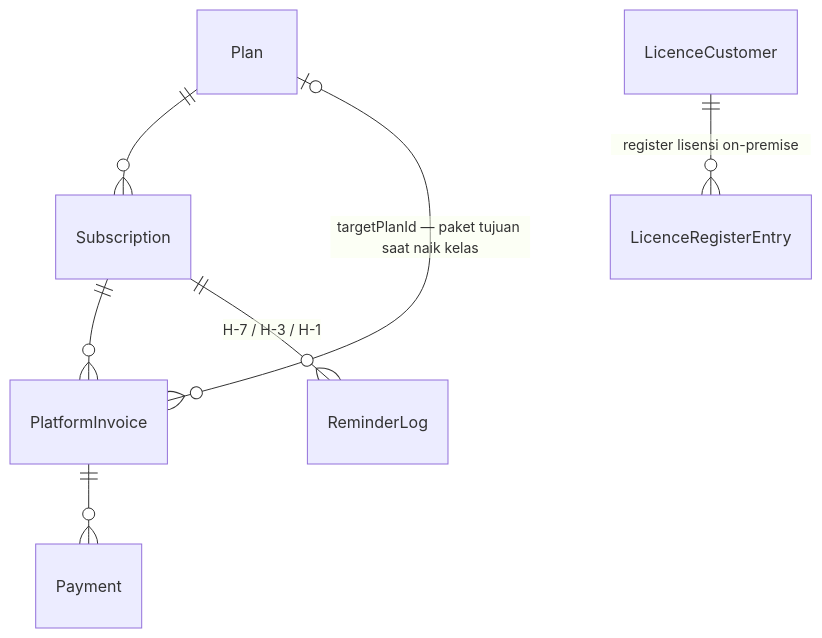
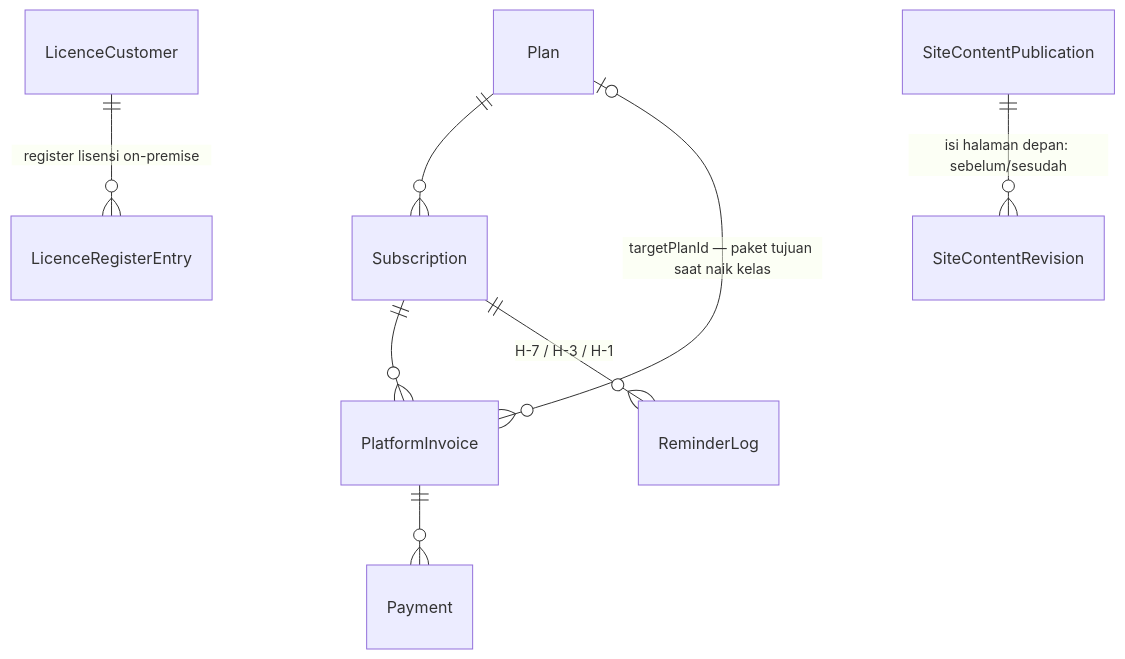
One commit to tri-evendi/sai-accounting changed the third of 18 diagrams in docs/arsitektur/04-ALIRAN-DATA.md. Above: the diagram before and after it, drawn with Mermaid. The commit also changed other lines of this file and 4 other files, not shown here.

````diff
--- a/docs/arsitektur/04-ALIRAN-DATA.md
+++ b/docs/arsitektur/04-ALIRAN-DATA.md
@@ -102,9 +102,10 @@
 ```mermaid
 erDiagram
     Plan ||--o{ Subscription : ""
     Subscription ||--o{ PlatformInvoice : ""
     Plan |o--o{ PlatformInvoice : "targetPlanId — paket tujuan saat naik kelas"
     PlatformInvoice ||--o{ Payment : ""
     Subscription ||--o{ ReminderLog : "H-7 / H-3 / H-1"
     LicenceCustomer ||--o{ LicenceRegisterEntry : "register lisensi on-premise"
+    SiteContentPublication ||--o{ SiteContentRevision : "isi halaman depan: sebelum/sesudah"
 ```
````
